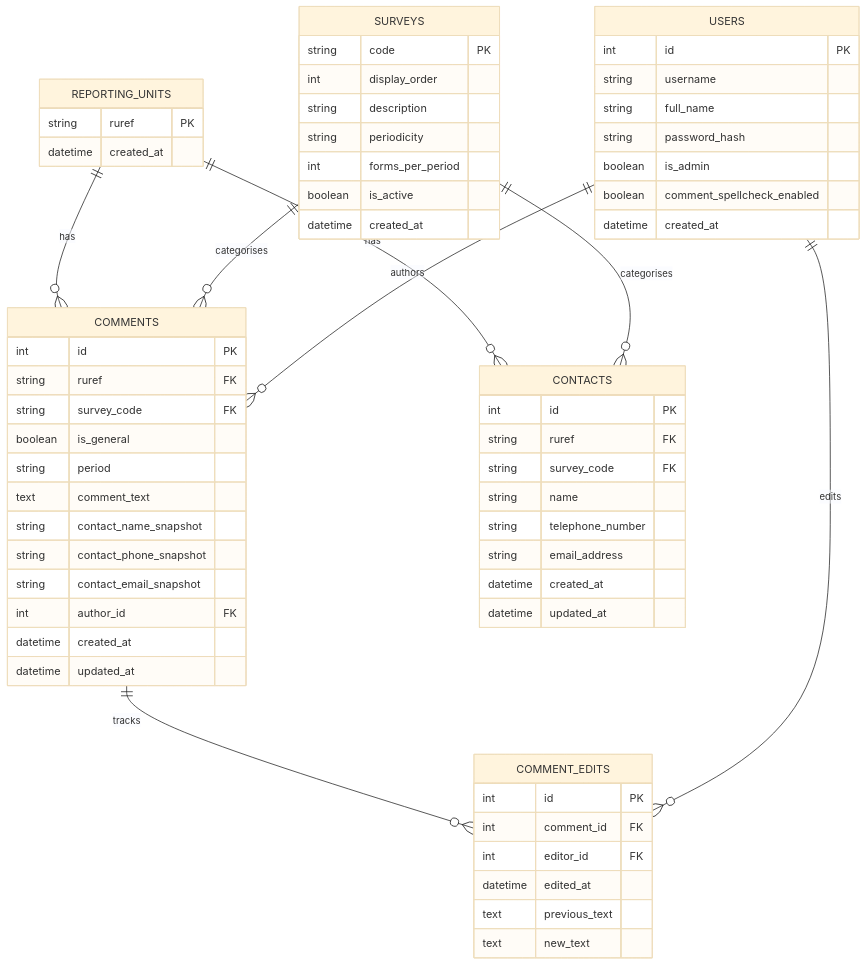
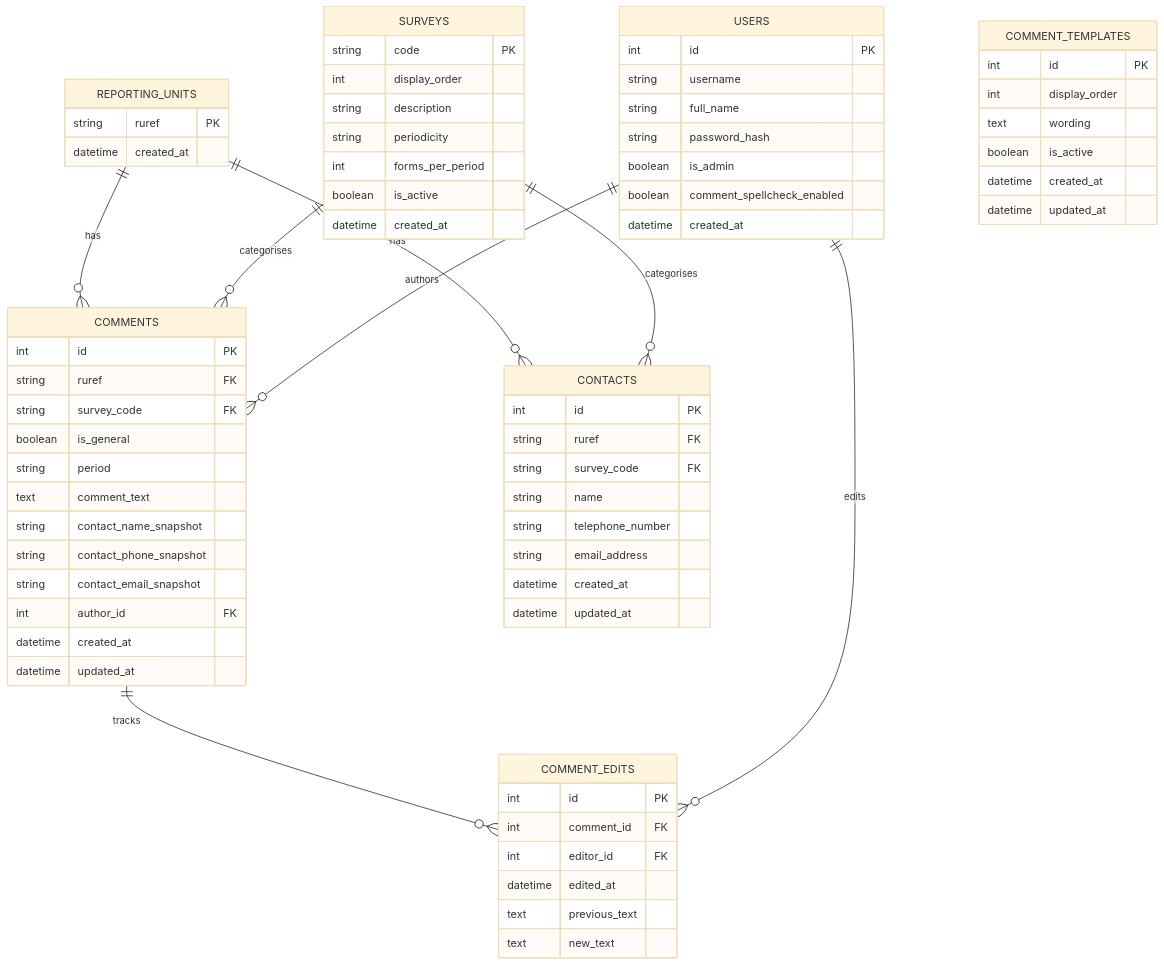
Before and after one commit to dominicshields/Contributor-Comments: the diagram in README.md, drawn with Mermaid (base theme). The commit also changed other lines of this file, not shown here.

````diff
--- a/README.md
+++ b/README.md
@@ -57,71 +64,80 @@
 ```mermaid
 erDiagram
 	USERS {
 		int id PK
 		string username
 		string full_name
 		string password_hash
 		boolean is_admin
 		boolean comment_spellcheck_enabled
 		datetime created_at
 	}
 
 	REPORTING_UNITS {
 		string ruref PK
 		datetime created_at
 	}
 
 	SURVEYS {
 		string code PK
 		int display_order
 		string description
 		string periodicity
 		int forms_per_period
 		boolean is_active
 		datetime created_at
 	}
 
 	COMMENTS {
 		int id PK
 		string ruref FK
 		string survey_code FK
 		boolean is_general
 		string period
 		text comment_text
 		string contact_name_snapshot
 		string contact_phone_snapshot
 		string contact_email_snapshot
 		int author_id FK
 		datetime created_at
 		datetime updated_at
 	}
 
 	COMMENT_EDITS {
 		int id PK
 		int comment_id FK
 		int editor_id FK
 		datetime edited_at
 		text previous_text
 		text new_text
 	}
 
 	CONTACTS {
 		int id PK
 		string ruref FK
 		string survey_code FK
 		string name
 		string telephone_number
 		string email_address
 		datetime created_at
 		datetime updated_at
 	}
 
+	COMMENT_TEMPLATES {
+		int id PK
+		int display_order
+		text wording
+		boolean is_active
+		datetime created_at
+		datetime updated_at
+	}
+
 	REPORTING_UNITS ||--o{ COMMENTS : has
 	REPORTING_UNITS ||--o{ CONTACTS : has
 	SURVEYS ||--o{ COMMENTS : categorises
 	SURVEYS ||--o{ CONTACTS : categorises
 	USERS ||--o{ COMMENTS : authors
 	COMMENTS ||--o{ COMMENT_EDITS : tracks
 	USERS ||--o{ COMMENT_EDITS : edits
 	
 ```
````
